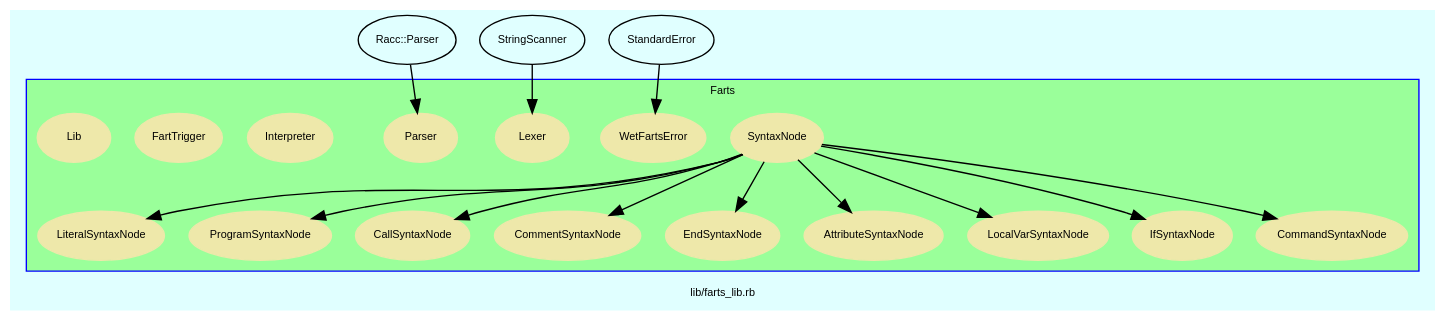
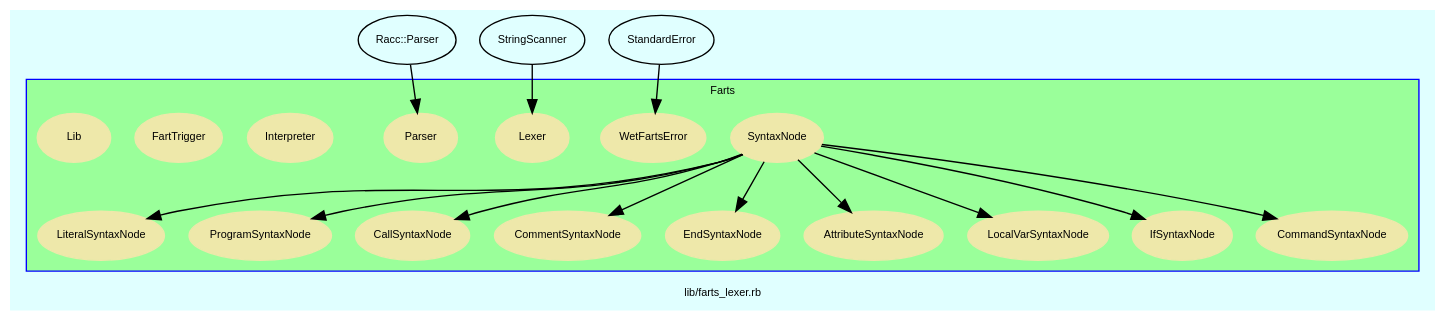
One commit to Tyche/teensymud changed the diagram in doc/dot/f_6.dot. Above: the diagram before and after it, drawn with Graphviz. The commit also changed 166 other files, not shown here.

```diff
--- a/doc/dot/f_6.dot
+++ b/doc/dot/f_6.dot
@@ -3,7 +3,7 @@
     bgcolor = lightcyan1
     fontname = Arial
     fontsize = 8
-    label = "lib/farts_lib.rb"
+    label = "lib/farts_lexer.rb"
     node [
         fontname = Arial,
         fontsize = 8,
```
